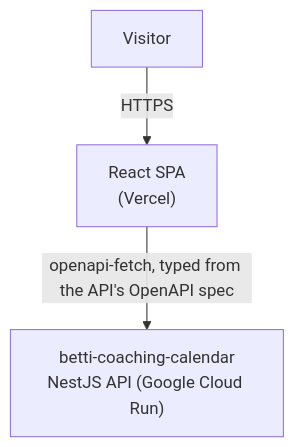
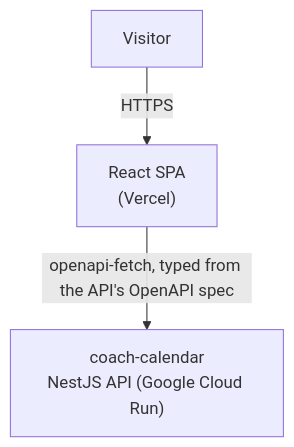
One commit to gerencserjani/betti-coaching changed the diagram in README.md. Above: the diagram before and after it, drawn with Mermaid. The commit also changed other lines of this file, not shown here.

First line of the commit message:
docs: update backend repo links after its rename to coach-calendar

````diff
--- a/README.md
+++ b/README.md
@@ -7,9 +7,9 @@
 ```mermaid
 graph TB
     Visitor["Visitor"]
     Site["React SPA<br/>(Vercel)"]
-    API["betti-coaching-calendar<br/>NestJS API (Google Cloud Run)"]
+    API["coach-calendar<br/>NestJS API (Google Cloud Run)"]
 
     Visitor -- "HTTPS" --> Site
     Site -- "openapi-fetch, typed from the API's OpenAPI spec" --> API
 ```
````
